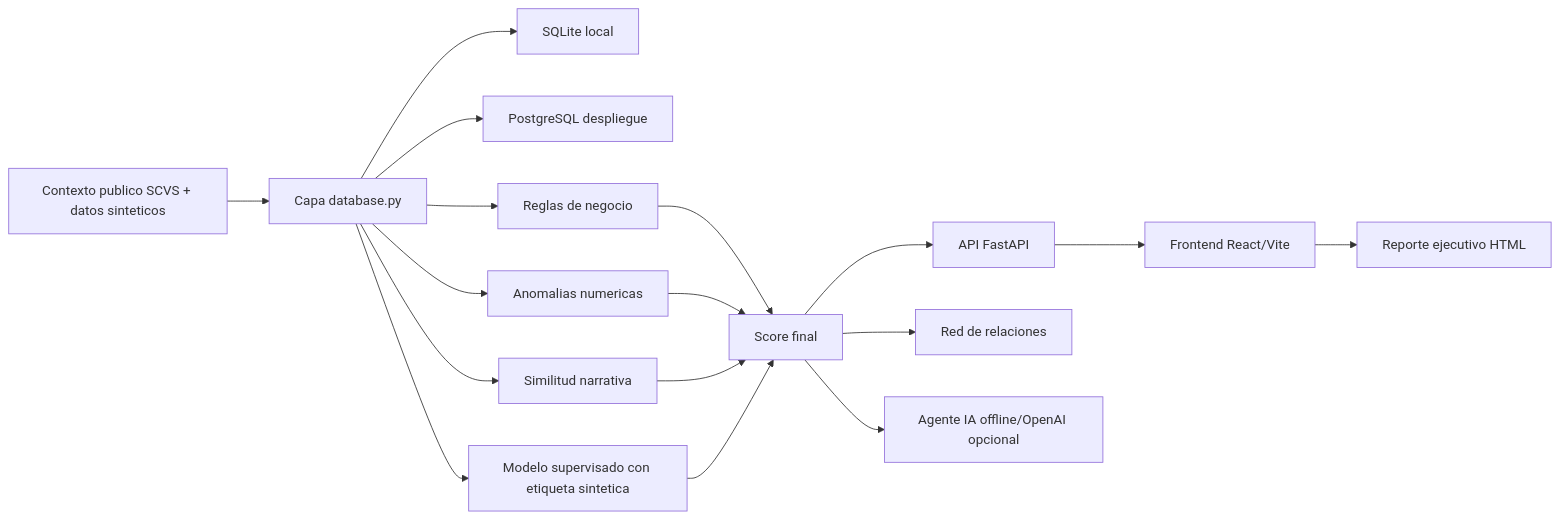
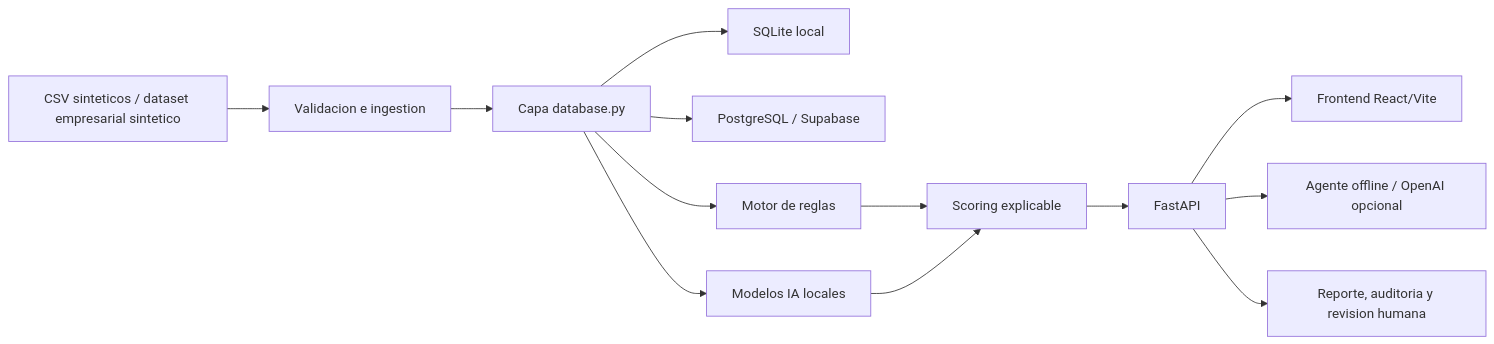
The diagram in docs/arquitectura.md (Erickelrojo-22/HackIAthon-MantaBytes-RetoAseguradora), drawn with Mermaid before and after one commit. The commit also changed other lines of this file and 9 other files, not shown here.

````diff
--- a/docs/arquitectura.md
+++ b/docs/arquitectura.md
@@ -5,19 +7,15 @@
 ```mermaid
 flowchart LR
-    A["Contexto publico SCVS + datos sinteticos"] --> B["Capa database.py"]
-    B --> DB1["SQLite local"]
-    B --> DB2["PostgreSQL despliegue"]
-    B --> C["Reglas de negocio"]
-    B --> D["Anomalias numericas"]
-    B --> E["Similitud narrativa"]
-    C --> F["Score final"]
-    D --> F
-    E --> F
-    B --> J["Modelo supervisado con etiqueta sintetica"]
-    J --> F
-    API --> G["Frontend React/Vite"]
-    F --> H["Red de relaciones"]
-    F --> I["Agente IA offline/OpenAI opcional"]
-    F --> API["API FastAPI"]
-    G --> REP["Reporte ejecutivo HTML"]
+    A["CSV sinteticos / dataset empresarial sintetico"] --> B["Validacion e ingestion"]
+    B --> C["Capa database.py"]
+    C --> D1["SQLite local"]
+    C --> D2["PostgreSQL / Supabase"]
+    C --> E["Motor de reglas"]
+    C --> F["Modelos IA locales"]
+    E --> G["Scoring explicable"]
+    F --> G
+    G --> H["FastAPI"]
+    H --> I["Frontend React/Vite"]
+    H --> J["Agente offline / OpenAI opcional"]
+    H --> K["Reporte, auditoria y revision humana"]
 ```
````
